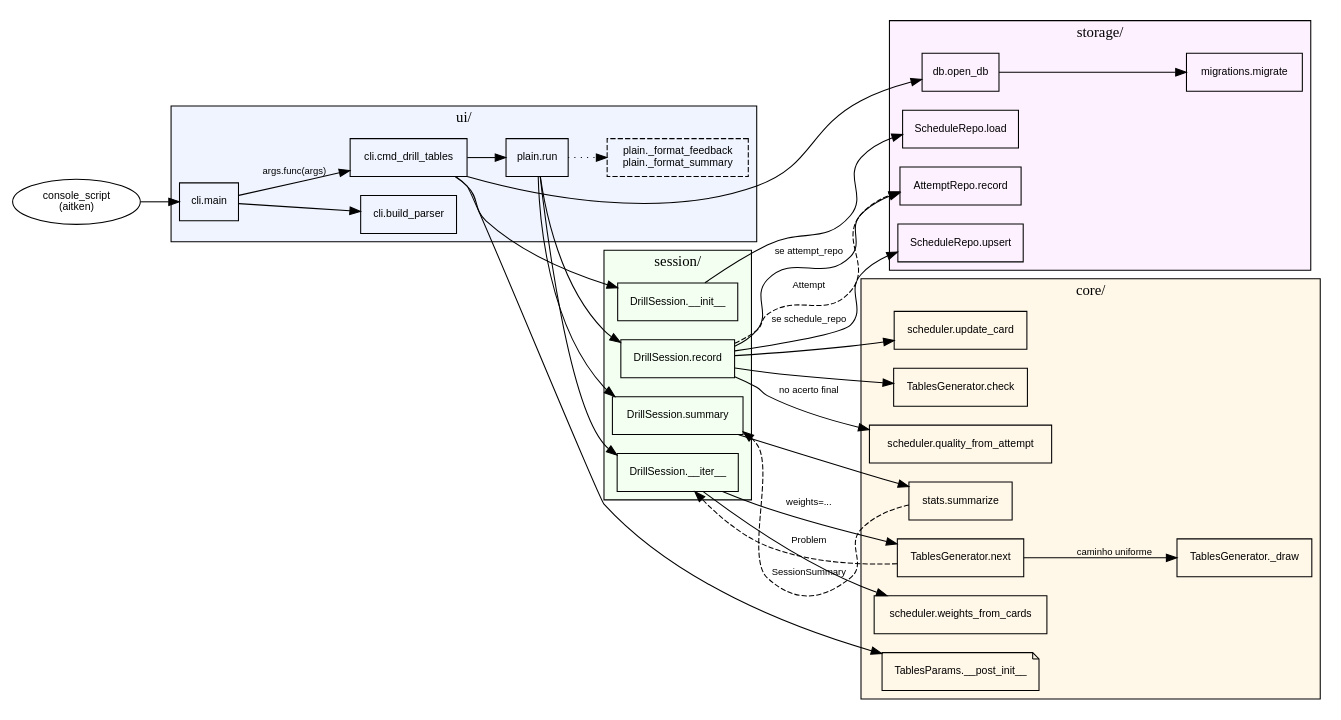
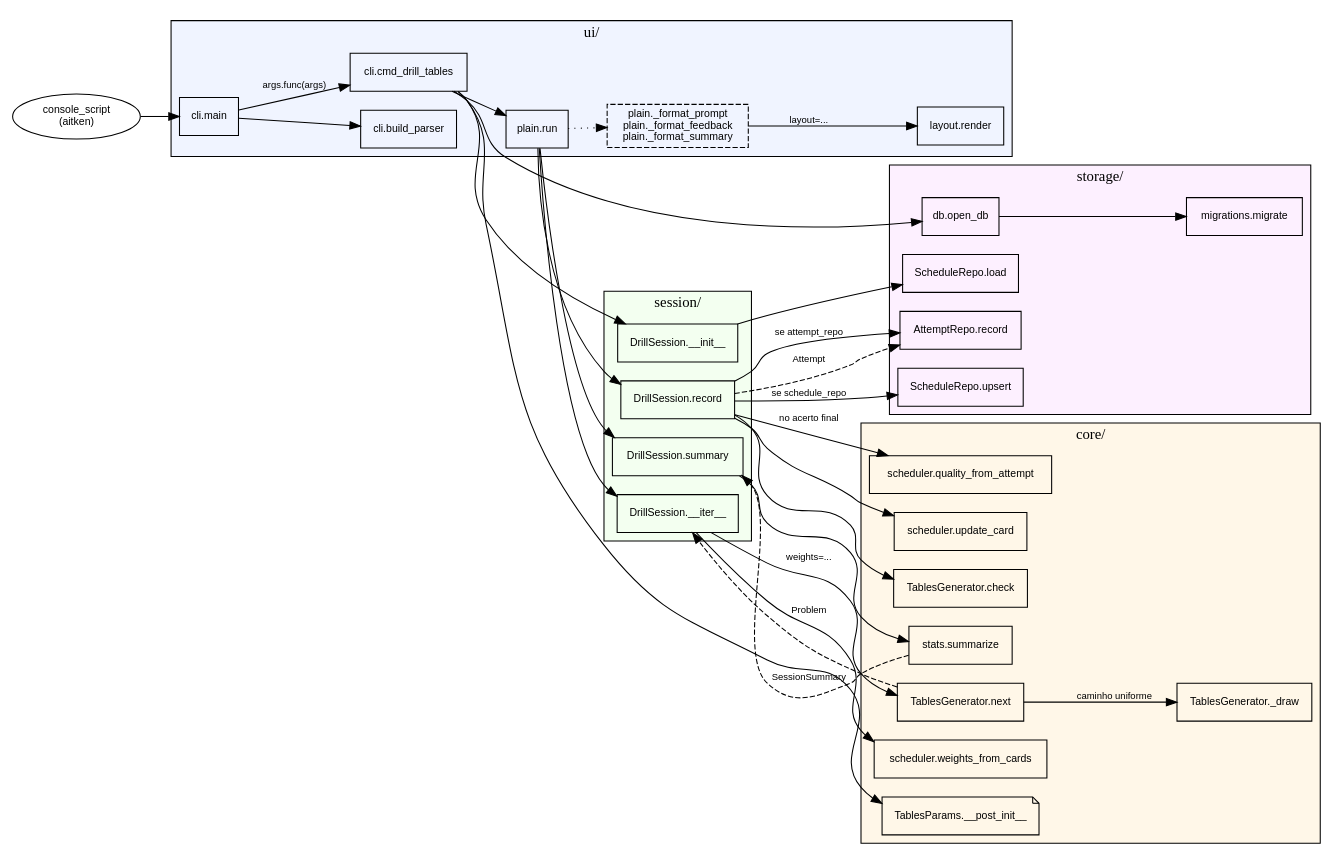
The diagram in README.md (pedro-volpi/aitken), drawn with Graphviz before and after one commit. The commit also changed other lines of this file and 20 other files, not shown here.

````diff
--- a/README.md
+++ b/README.md
@@ -163,77 +182,79 @@
 ```dot
 digraph aitken_call_chain {
   rankdir=LR;
   node [shape=box, fontname="Helvetica", fontsize=10];
   edge [fontname="Helvetica", fontsize=9];
 
   entry [label="console_script\n(aitken)", shape=oval];
 
   subgraph cluster_ui {
     label="ui/"; style=filled; fillcolor="#f0f4ff";
     cli_main        [label="cli.main"];
     cli_build       [label="cli.build_parser"];
     cli_cmd_tables  [label="cli.cmd_drill_tables"];
     plain_run       [label="plain.run"];
-    plain_fmt       [label="plain._format_feedback\nplain._format_summary", style=dashed];
+    plain_fmt       [label="plain._format_prompt\nplain._format_feedback\nplain._format_summary", style=dashed];
+    layout_render   [label="layout.render"];
   }
 
   subgraph cluster_session {
     label="session/"; style=filled; fillcolor="#f3fff0";
     drill_init   [label="DrillSession.__init__"];
     drill_iter   [label="DrillSession.__iter__"];
     drill_record [label="DrillSession.record"];
     drill_sum    [label="DrillSession.summary"];
   }
 
   subgraph cluster_core {
     label="core/"; style=filled; fillcolor="#fff7e8";
     gen_next       [label="TablesGenerator.next"];
     gen_draw       [label="TablesGenerator._draw"];
     gen_check      [label="TablesGenerator.check"];
     stats_sum      [label="stats.summarize"];
     params         [label="TablesParams.__post_init__", shape=note];
     sched_weights  [label="scheduler.weights_from_cards"];
     sched_quality  [label="scheduler.quality_from_attempt"];
     sched_update   [label="scheduler.update_card"];
   }
 
   subgraph cluster_storage {
     label="storage/"; style=filled; fillcolor="#fdf0ff";
     open_db       [label="db.open_db"];
     migrate       [label="migrations.migrate"];
     attempt_rec   [label="AttemptRepo.record"];
     sched_load    [label="ScheduleRepo.load"];
     sched_upsert  [label="ScheduleRepo.upsert"];
   }
 
   entry          -> cli_main;
   cli_main       -> cli_build;
   cli_main       -> cli_cmd_tables  [label="args.func(args)"];
   cli_cmd_tables -> params;
   cli_cmd_tables -> open_db;
   open_db        -> migrate;
   cli_cmd_tables -> drill_init;
   drill_init     -> sched_load;
   cli_cmd_tables -> plain_run;
 
   plain_run      -> drill_iter;
   drill_iter     -> sched_weights;
   drill_iter     -> gen_next        [label="weights=..."];
   gen_next       -> gen_draw        [label="caminho uniforme"];
 
   plain_run      -> drill_record;
   drill_record   -> gen_check;
   drill_record   -> attempt_rec     [label="se attempt_repo"];
   drill_record   -> sched_quality   [label="no acerto final"];
   drill_record   -> sched_update;
   drill_record   -> sched_upsert    [label="se schedule_repo"];
 
   plain_run      -> drill_sum;
   drill_sum      -> stats_sum;
   plain_run      -> plain_fmt       [style=dotted];
+  plain_fmt      -> layout_render   [label="layout=..."];
 
   gen_next       -> drill_iter      [label="Problem",        style=dashed, constraint=false];
   drill_record   -> attempt_rec     [label="Attempt",        style=dashed, constraint=false];
   stats_sum      -> drill_sum       [label="SessionSummary", style=dashed, constraint=false];
 }
 ```
````
